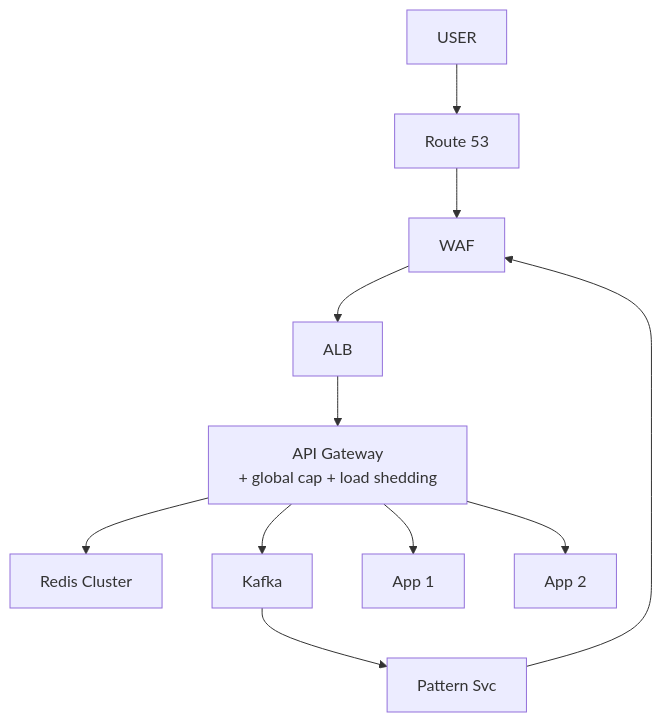
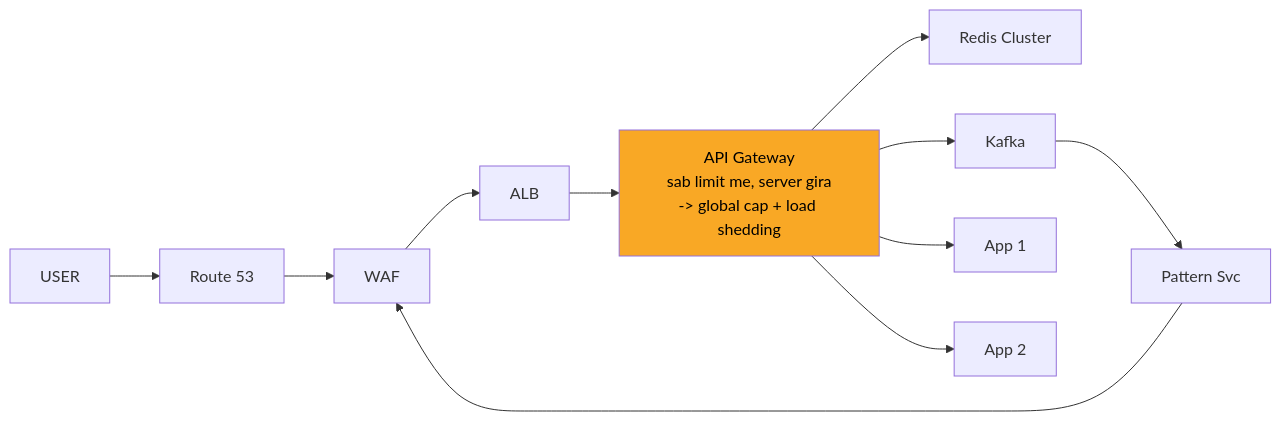
Before and after one commit to ArpanMaheshwari144/Prep: the eighth of 11 diagrams in 04_HLD/SYSTEM_DESIGNS/02_rate_limiter/02_rate_limiter.md, drawn with Mermaid. The commit also changed other lines of this file and 2 other files, not shown here.

Commit message:
url shortener, rate limiter, twitter: one-day story, short cards, follow-ups with rules, highlighted diagrams

````diff
--- a/04_HLD/SYSTEM_DESIGNS/02_rate_limiter/02_rate_limiter.md
+++ b/04_HLD/SYSTEM_DESIGNS/02_rate_limiter/02_rate_limiter.md
@@ -324,23 +332,24 @@
 ```mermaid
-flowchart TD
+flowchart LR
     n_USER["USER"]
     n_Route_53["Route 53"]
     n_ALB["ALB"]
-    n_API_Gateway["API Gateway<br/>+ global cap + load shedding"]
+    n_API_Gateway["API Gateway<br/>sab limit me, server gira<br/>-> global cap + load shedding"]
     n_Redis_Cluster["Redis Cluster"]
     n_Kafka["Kafka"]
     n_Pattern_Svc["Pattern Svc"]
     n_WAF["WAF"]
     n_App_x_N_1["App 1"]
     n_App_x_N_2["App 2"]
     n_ALB --> n_API_Gateway
     n_API_Gateway --> n_Redis_Cluster
     n_API_Gateway --> n_App_x_N_1
     n_API_Gateway --> n_App_x_N_2
     n_Kafka --> n_Pattern_Svc
     n_Pattern_Svc --> n_WAF
     n_API_Gateway --> n_Kafka
     n_USER --> n_Route_53
     n_Route_53 --> n_WAF
     n_WAF --> n_ALB
+    style n_API_Gateway fill:#f9a825,color:#000
 ```
````
